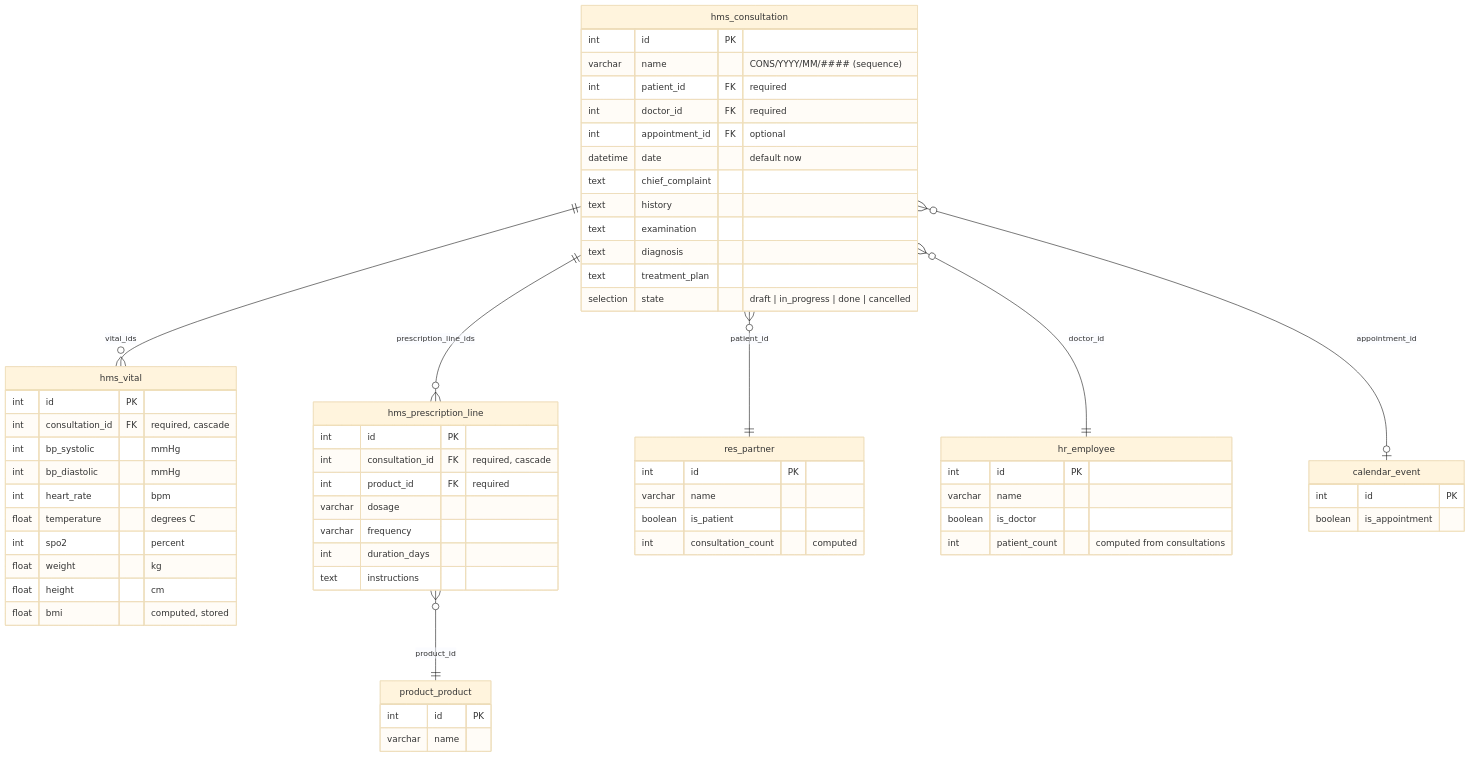
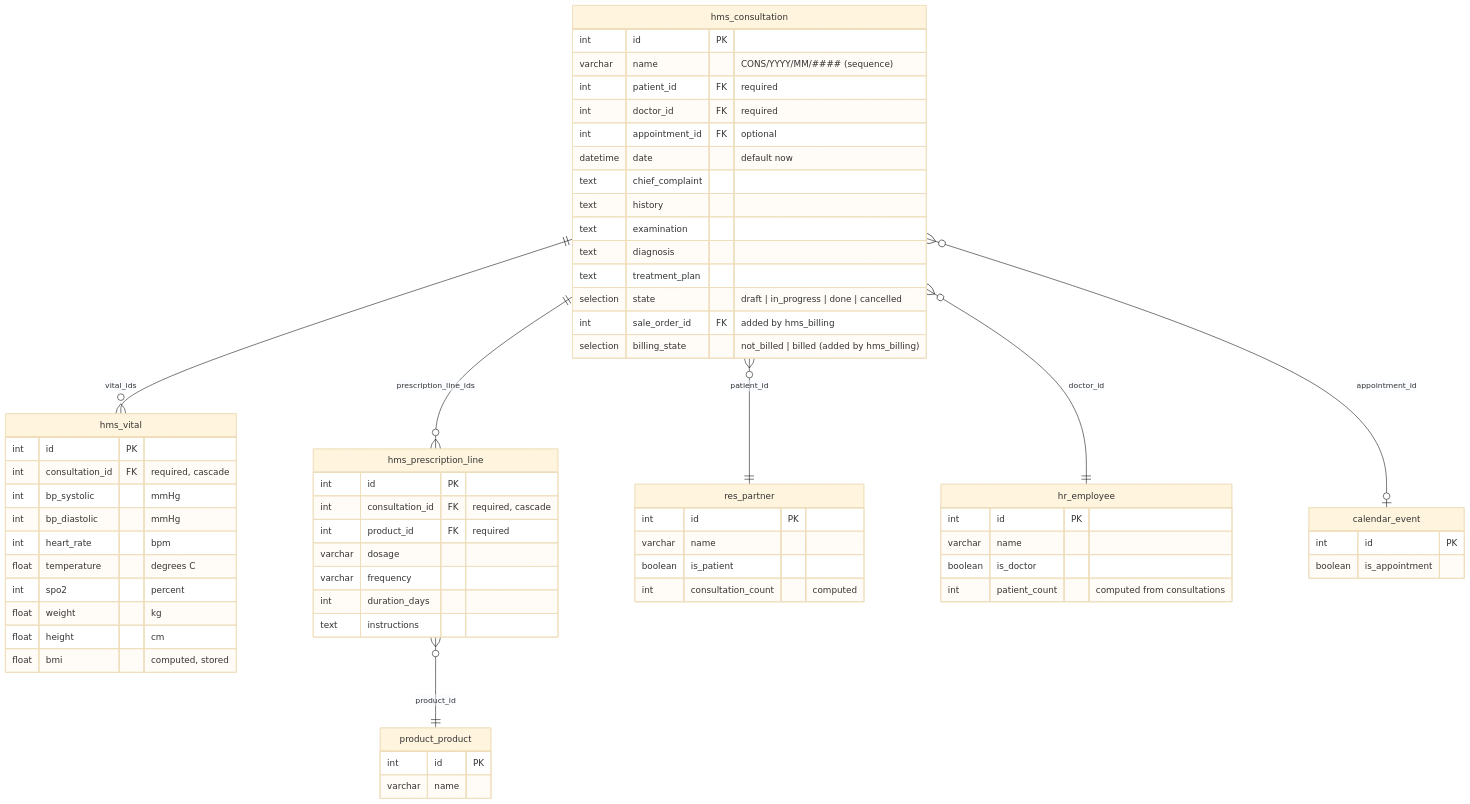
Before and after one commit to reichie020212/odoo-hospital: the first of 2 diagrams in docs/guide/hms-clinical-erd.md, drawn with Mermaid (base theme). The commit also changed 2 other files, not shown here.

Commit message:
docs: add hms_billing ERD, update clinical and appointment ERDs with billing fields
- New docs/guide/hms-billing-erd.md: Mermaid ERD + billing workflow diagram
  for sale_order_id, billing_state, invoice_ids, and appointment_type.product_id.
- Updated hms-clinical-erd.md: added sale_order_id and billing_state on
  hms.consultation (added by hms_billing).
- Updated hms-appointment-erd.md: added product_id on hms.appointment.type
  (added by hms_billing).

````diff
--- a/docs/guide/hms-clinical-erd.md
+++ b/docs/guide/hms-clinical-erd.md
@@ -3,71 +3,73 @@
 ```mermaid
 erDiagram
     hms_consultation {
         int id PK
         varchar name "CONS/YYYY/MM/#### (sequence)"
         int patient_id FK "required"
         int doctor_id FK "required"
         int appointment_id FK "optional"
         datetime date "default now"
         text chief_complaint
         text history
         text examination
         text diagnosis
         text treatment_plan
         selection state "draft | in_progress | done | cancelled"
+        int sale_order_id FK "added by hms_billing"
+        selection billing_state "not_billed | billed (added by hms_billing)"
     }
 
     hms_vital {
         int id PK
         int consultation_id FK "required, cascade"
         int bp_systolic "mmHg"
         int bp_diastolic "mmHg"
         int heart_rate "bpm"
         float temperature "degrees C"
         int spo2 "percent"
         float weight "kg"
         float height "cm"
         float bmi "computed, stored"
     }
 
     hms_prescription_line {
         int id PK
         int consultation_id FK "required, cascade"
         int product_id FK "required"
         varchar dosage
         varchar frequency
         int duration_days
         text instructions
     }
 
     res_partner {
         int id PK
         varchar name
         boolean is_patient
         int consultation_count "computed"
     }
 
     hr_employee {
         int id PK
         varchar name
         boolean is_doctor
         int patient_count "computed from consultations"
     }
 
     product_product {
         int id PK
         varchar name
     }
 
     calendar_event {
         int id PK
         boolean is_appointment
     }
 
     hms_consultation ||--o{ hms_vital : "vital_ids"
     hms_consultation ||--o{ hms_prescription_line : "prescription_line_ids"
     hms_consultation }o--|| res_partner : "patient_id"
     hms_consultation }o--|| hr_employee : "doctor_id"
     hms_consultation }o--o| calendar_event : "appointment_id"
     hms_prescription_line }o--|| product_product : "product_id"
 ```
````
